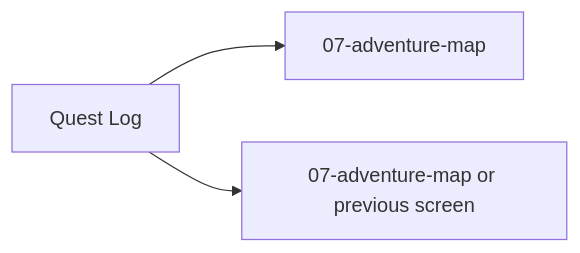
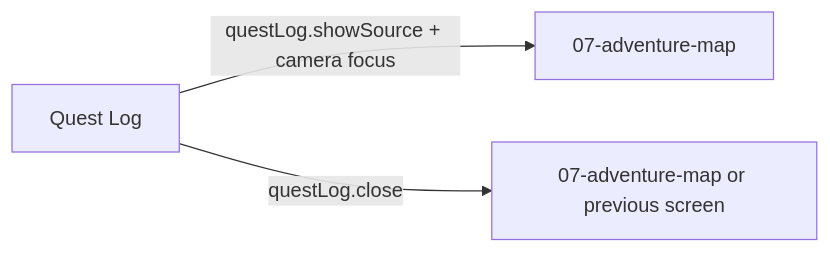
The fifth of 5 diagrams in docs/architecture/wiki/screens/11-quest-log/architecture.md (SunaNoOshiro/Heroes_Reforged_AI_Realms), drawn with Mermaid before and after one commit. The commit also changed other lines of this file and 518 other files, not shown here.

First line of the commit message:
Add doc-audit skill and sweep architecture/screen docs

````diff
--- a/docs/architecture/wiki/screens/11-quest-log/architecture.md
+++ b/docs/architecture/wiki/screens/11-quest-log/architecture.md
@@ -70,6 +78,6 @@
 ```mermaid
 flowchart LR
   Current["Quest Log"]
-  Current --> T0["07-adventure-map"]
-  Current --> T1["07-adventure-map or previous screen"]
+  Current -->|questLog.showSource + camera focus| T0["07-adventure-map"]
+  Current -->|questLog.close| T1["07-adventure-map or previous screen"]
 ```
````
